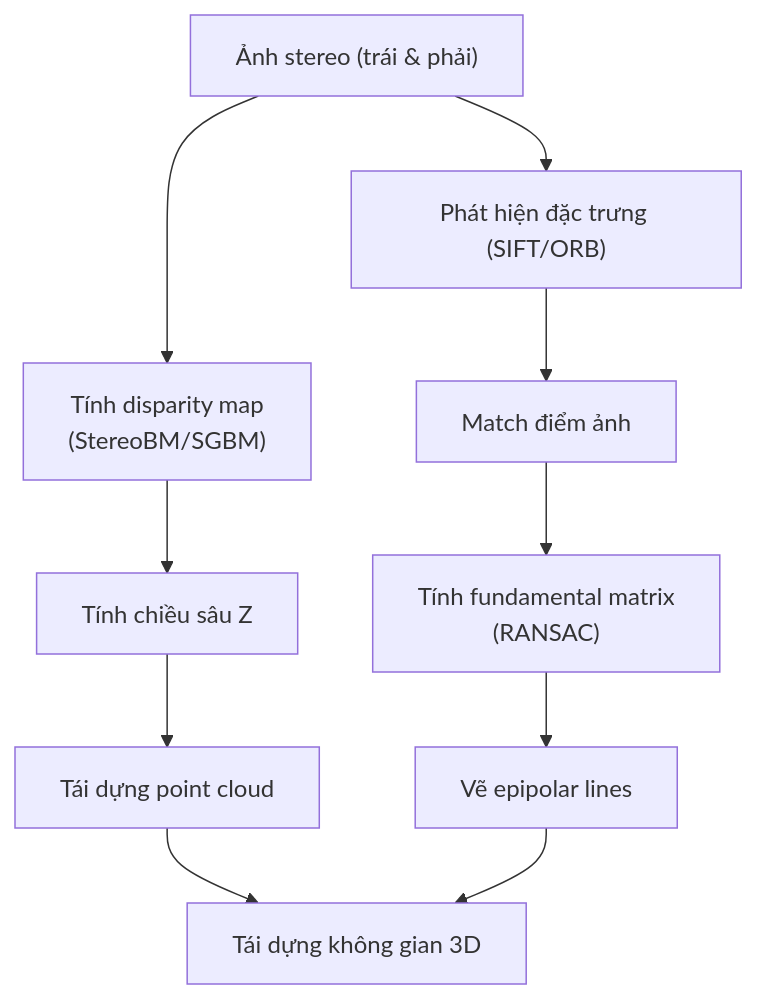
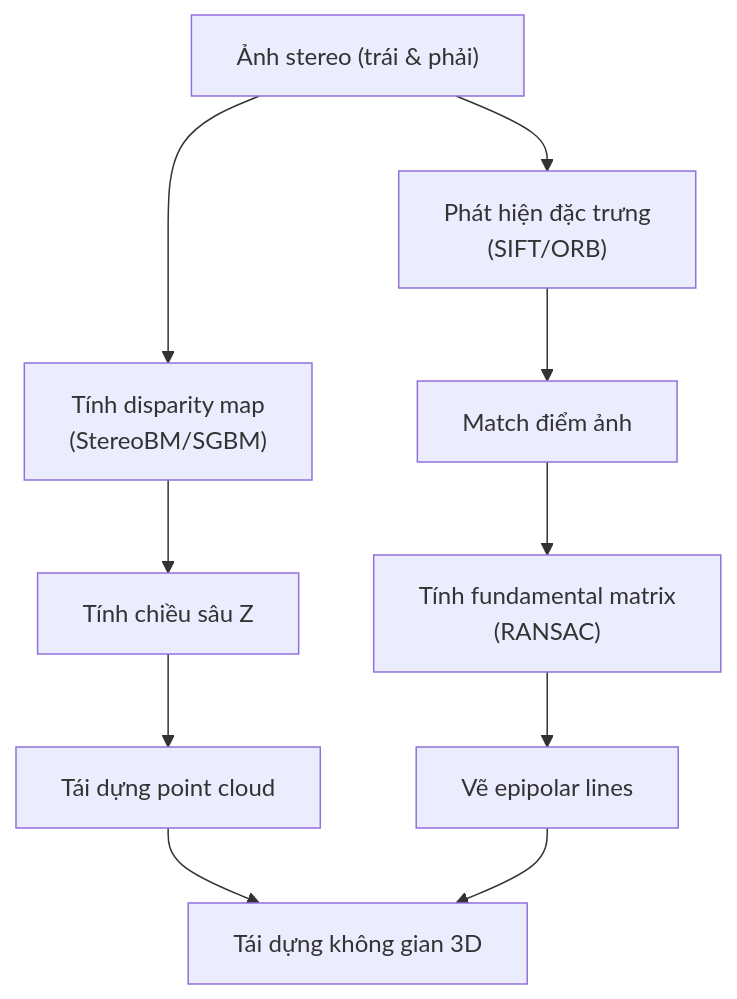
The second of 3 diagrams in report.md (hino-hatake/computer-vision), drawn with Mermaid before and after one commit. The commit also changed other lines of this file and 7 other files, not shown here.

````diff
--- a/report.md
+++ b/report.md
@@ -283,14 +283,14 @@
 ```mermaid
 flowchart TD
     A["Ảnh stereo (trái & phải)"] --> B1["Tính disparity map<br/>(StereoBM/SGBM)"]
     B1 --> B2[Tính chiều sâu Z]
     B2 --> B3[Tái dựng point cloud]
 
-    A --> C1["Phát hiện đặc trưng (SIFT/ORB)"]
+    A --> C1["Phát hiện đặc trưng <br/> (SIFT/ORB)"]
     C1 --> C2["Match điểm ảnh"]
-    C2 --> C3["Tính fundamental matrix<br/>(RANSAC)"]
+    C2 --> C3["Tính fundamental matrix <br/> (RANSAC)"]
     C3 --> C4["Vẽ epipolar lines"]
 
     B3 --> D[Tái dựng không gian 3D]
     C4 --> D
 ```
````
